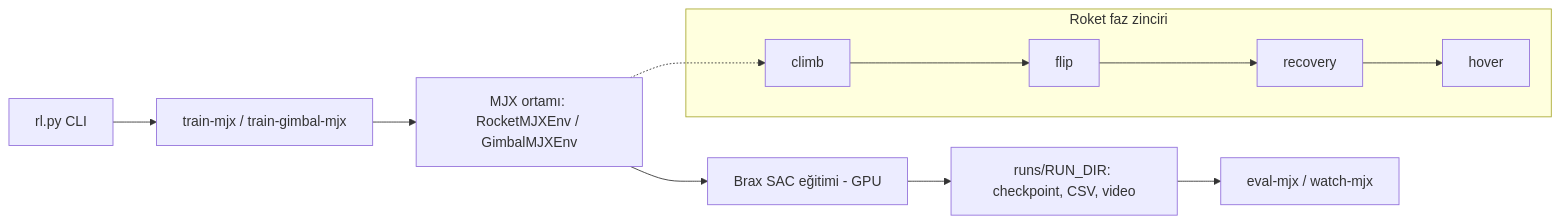
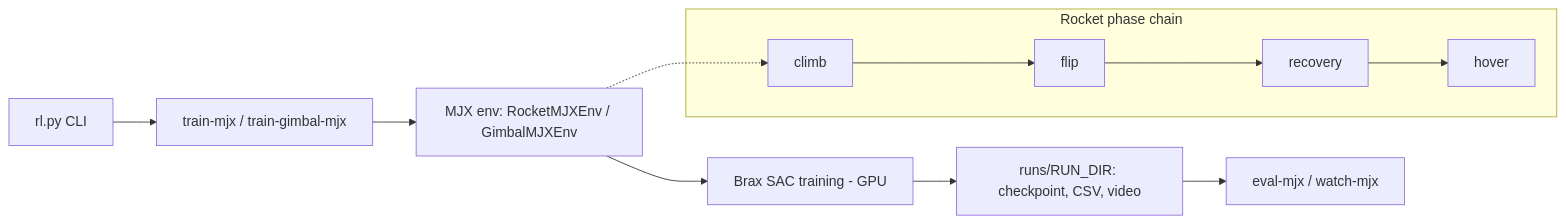
Before and after one commit to GulogluHaktan/3DRocketRl: the diagram in README.md, drawn with Mermaid. The commit also changed other lines of this file and 1 other file, not shown here.

````diff
--- a/README.md
+++ b/README.md
@@ -25,12 +27,12 @@
 ```mermaid
 flowchart LR
   CLI["rl.py CLI"] --> TR["train-mjx / train-gimbal-mjx"]
-  TR --> ENV["MJX ortamı: RocketMJXEnv / GimbalMJXEnv"]
-  ENV --> SAC["Brax SAC eğitimi - GPU"]
+  TR --> ENV["MJX env: RocketMJXEnv / GimbalMJXEnv"]
+  ENV --> SAC["Brax SAC training - GPU"]
   SAC --> OUT["runs/RUN_DIR: checkpoint, CSV, video"]
   OUT --> EV["eval-mjx / watch-mjx"]
-  subgraph FAZ["Roket faz zinciri"]
+  subgraph PH["Rocket phase chain"]
     P0["climb"] --> P1["flip"] --> P2["recovery"] --> P3["hover"]
   end
   ENV -.-> P0
 ```
````
